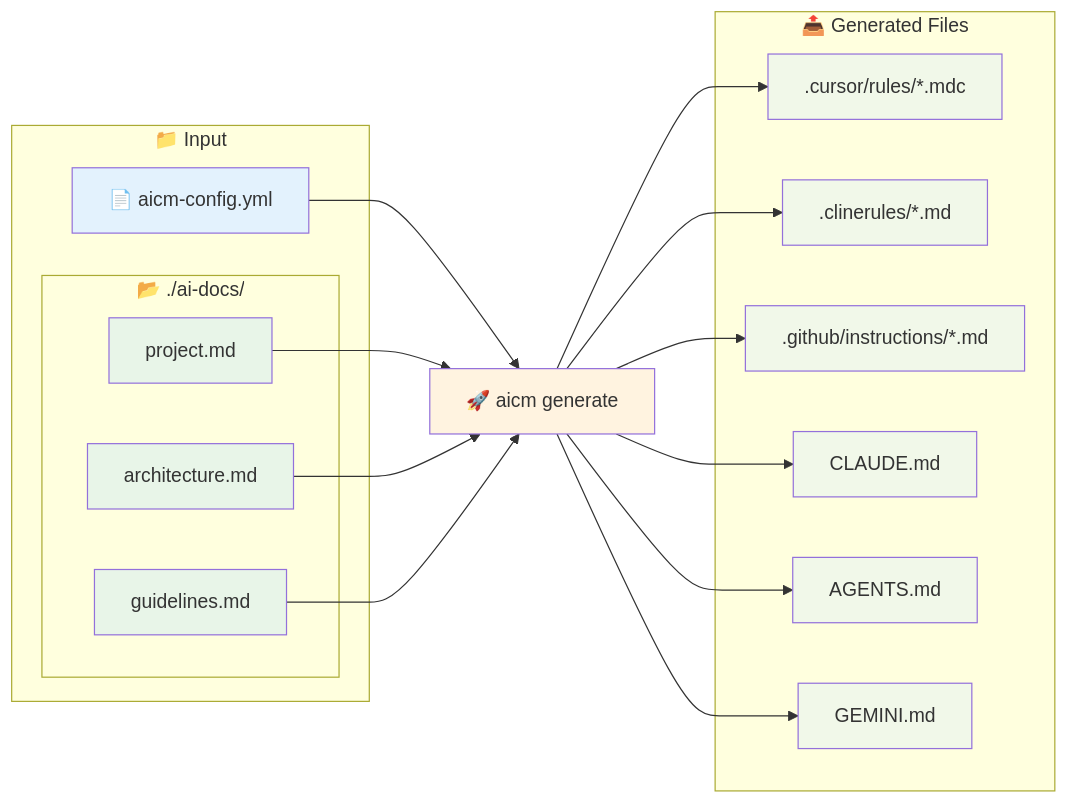
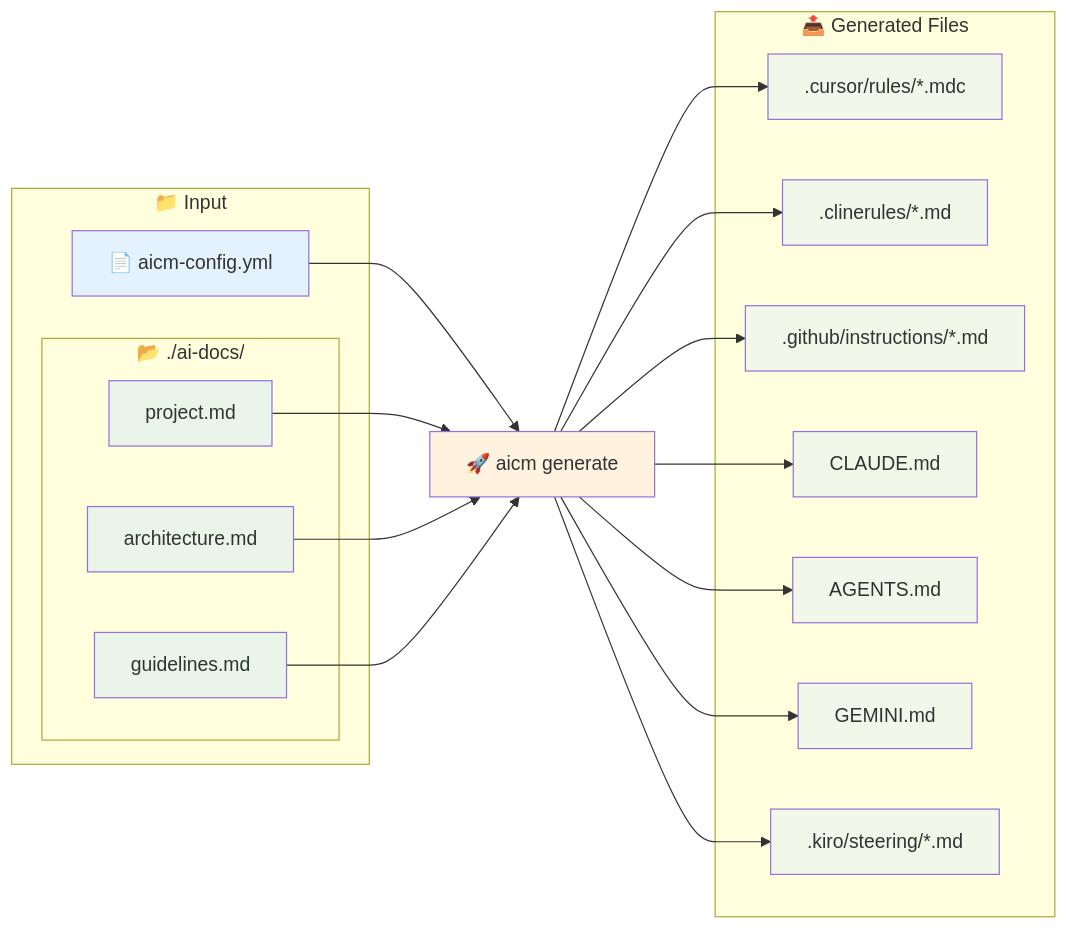
One commit to morooka-akira/aicm changed the diagram in README.ja.md. Above: the diagram before and after it, drawn with Mermaid. The commit also changed other lines of this file and 15 other files, not shown here.

````diff
--- a/README.ja.md
+++ b/README.ja.md
@@ -29,47 +29,50 @@
 ```mermaid
 flowchart LR
     subgraph "📁 Input"
         CONFIG[📄 aicm-config.yml]
         
         subgraph "📂 ./ai-docs/"
             DOC1[project.md]
             DOC2[architecture.md]
             DOC3[guidelines.md]
         end
     end
     
     PROCESS[🚀 aicm generate]
     
     subgraph "📤 Generated Files"
         OUT1[.cursor/rules/*.mdc]
         OUT2[.clinerules/*.md]
         OUT3[.github/instructions/*.md]
         OUT4[CLAUDE.md]
         OUT5[AGENTS.md]
         OUT6[GEMINI.md]
+        OUT7[.kiro/steering/*.md]
     end
     
     CONFIG --> PROCESS
     DOC1 --> PROCESS
     DOC2 --> PROCESS
     DOC3 --> PROCESS
     
     PROCESS --> OUT1
     PROCESS --> OUT2
     PROCESS --> OUT3
     PROCESS --> OUT4
     PROCESS --> OUT5
     PROCESS --> OUT6
+    PROCESS --> OUT7
     
     style CONFIG fill:#e3f2fd
     style DOC1 fill:#e8f5e8
     style DOC2 fill:#e8f5e8
     style DOC3 fill:#e8f5e8
     style PROCESS fill:#fff3e0
     style OUT1 fill:#f1f8e9
     style OUT2 fill:#f1f8e9
     style OUT3 fill:#f1f8e9
     style OUT4 fill:#f1f8e9
     style OUT5 fill:#f1f8e9
     style OUT6 fill:#f1f8e9
+    style OUT7 fill:#f1f8e9
 ```
````
